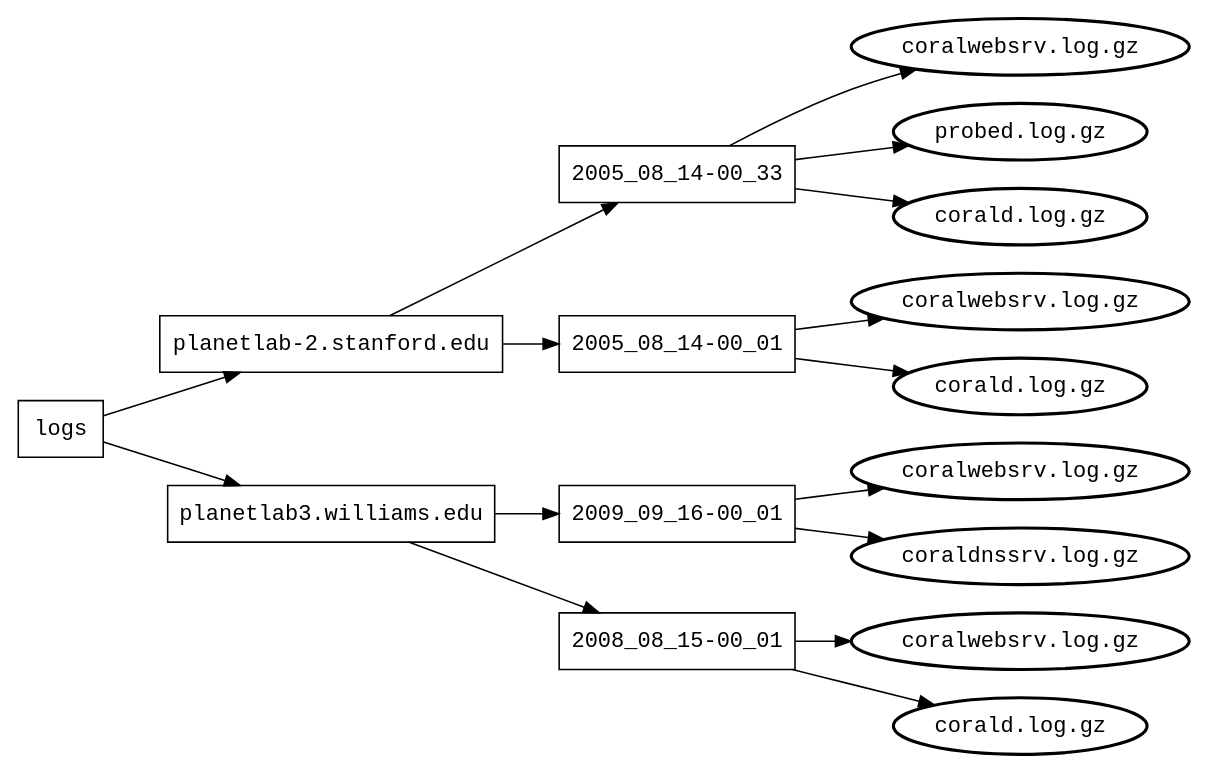
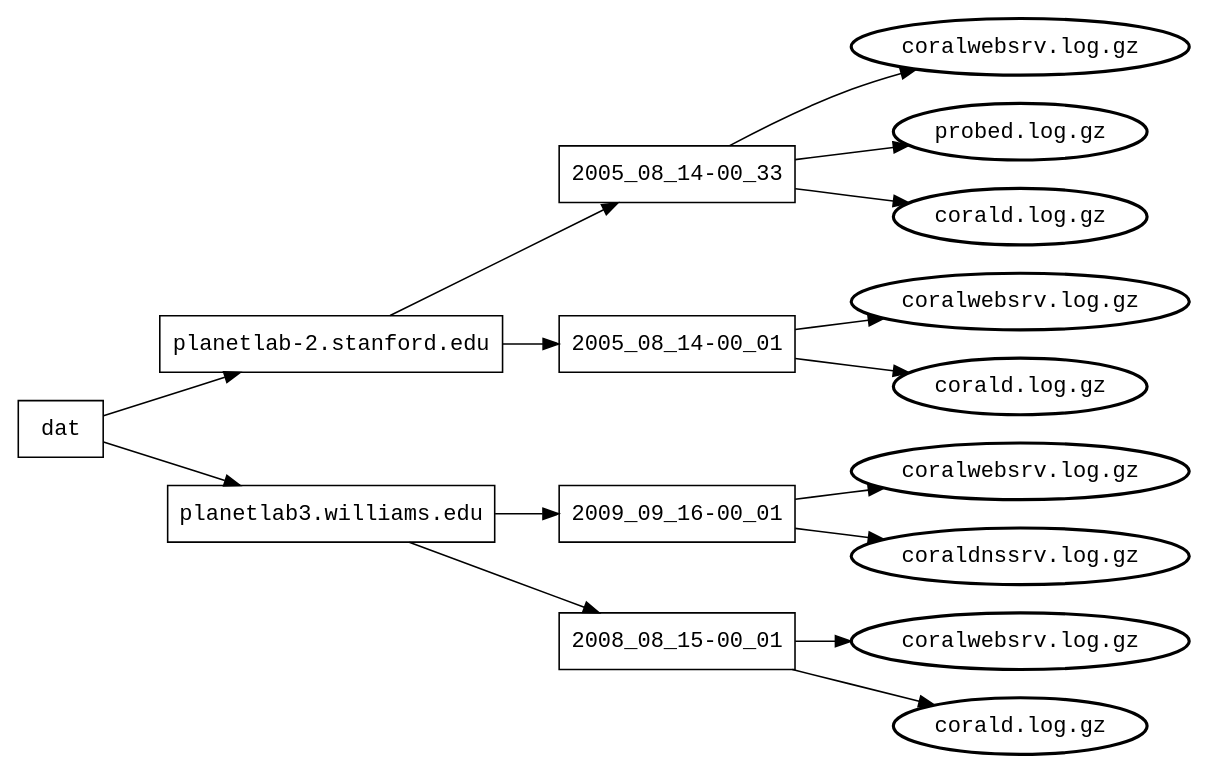
The diagram in pads/documents/icfp11/coral-structure.dot (cornell-pl/forest), drawn with Graphviz before and after one commit. The commit also changed 7 other files, not shown here.

```diff
--- a/pads/documents/icfp11/coral-structure.dot
+++ b/pads/documents/icfp11/coral-structure.dot
@@ -1,36 +1,36 @@
 digraph {
 	graph [ordering=out, rankdir=LR];
 	node [label="\N"];
 	graph [bb="0,0,708,468"];
-	0 [label=logs, fontname=Courier, shape=box, pos="27,206", width="0.75", height="0.50"];
+	0 [label="dat", fontname=Courier, shape=box, pos="27,206", width="0.75", height="0.50"];
 	1 [label="planetlab-2.stanford.edu", fontname=Courier, shape=box, pos="199,247", width="3.03", height="0.50"];
 	2 [label="2005_08_14-00_33", fontname=Courier, shape=box, pos="419,369", width="2.08", height="0.50"];
 	3 [label="coralwebsrv.log.gz", fontname=Courier, penwidth=2, pos="619,450", width="2.44", height="0.50"];
 	4 [label="probed.log.gz", fontname=Courier, penwidth=2, pos="619,396", width="1.86", height="0.50"];
 	5 [label="corald.log.gz", fontname=Courier, penwidth=2, pos="619,342", width="1.86", height="0.50"];
 	6 [label="2005_08_14-00_01", fontname=Courier, shape=box, pos="419,247", width="2.08", height="0.50"];
 	7 [label="coralwebsrv.log.gz", fontname=Courier, penwidth=2, pos="619,288", width="2.44", height="0.50"];
 	8 [label="corald.log.gz", fontname=Courier, penwidth=2, pos="619,234", width="1.86", height="0.50"];
 	9 [label="planetlab3.williams.edu", fontname=Courier, shape=box, pos="199,166", width="2.89", height="0.50"];
 	10 [label="2009_09_16-00_01", fontname=Courier, shape=box, pos="419,166", width="2.08", height="0.50"];
 	11 [label="coralwebsrv.log.gz", fontname=Courier, penwidth=2, pos="619,180", width="2.44", height="0.50"];
 	12 [label="coraldnssrv.log.gz", fontname=Courier, penwidth=2, pos="619,126", width="1.86", height="0.50"];
 	13 [label="2008_08_15-00_01", fontname=Courier, shape=box, pos="419,72", width="2.08", height="0.50"];
 	14 [label="coralwebsrv.log.gz", fontname=Courier, penwidth=2, pos="619,72", width="2.44", height="0.50"];
 	15 [label="corald.log.gz", fontname=Courier, penwidth=2, pos="619,18", width="1.86", height="0.50"];
 	0 -> 1 [pos="e,124,229 54,212 70,216 92,221 114,227"];
 	0 -> 9 [pos="e,121,184 54,200 70,197 90,192 111,186"];
 	1 -> 2 [pos="e,386,351 231,265 270,286 335,323 377,346"];
 	1 -> 6 [pos="e,344,247 308,247 317,247 325,247 334,247"];
 	2 -> 3 [pos="e,567,435 453,387 475,398 504,412 530,423 539,427 548,430 557,432"];
 	2 -> 4 [pos="e,559,388 494,379 512,382 531,384 549,387"];
 	2 -> 5 [pos="e,559,350 494,359 512,356 531,354 549,351"];
 	6 -> 7 [pos="e,557,275 494,262 512,265 530,269 547,273"];
 	6 -> 8 [pos="e,553,238 494,242 510,241 527,240 543,239"];
 	9 -> 10 [pos="e,344,166 304,166 314,166 324,166 334,166"];
 	9 -> 13 [pos="e,377,90 241,148 277,132 329,111 368,94"];
 	10 -> 11 [pos="e,536,174 494,171 505,172 515,173 526,173"];
 	10 -> 12 [pos="e,565,137 494,151 514,147 536,142 555,139"];
 	13 -> 14 [pos="e,530,72 494,72 503,72 511,72 520,72"];
 	13 -> 15 [pos="e,571,31 486,54 510,47 538,40 561,34"];
 }
```
